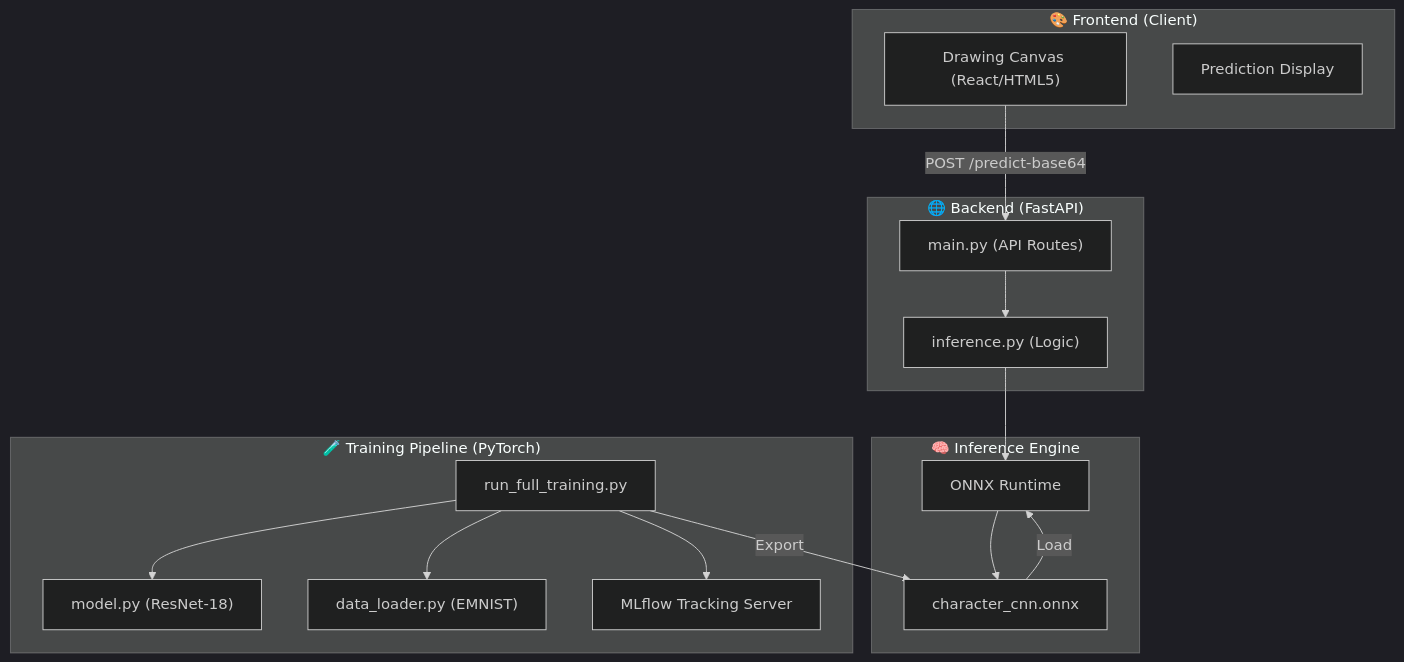
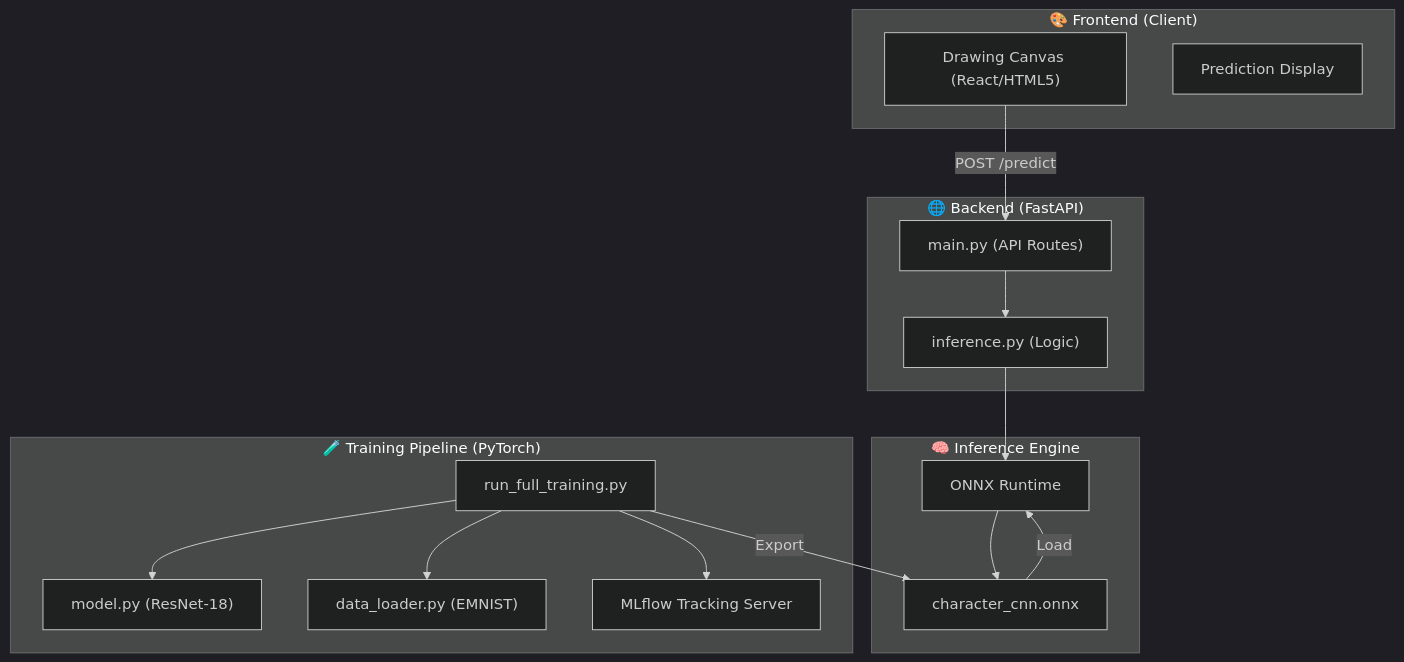
Before and after one commit to Saket745/Internship_Task_3: the diagram in README.md, drawn with Mermaid (dark theme). The commit also changed other lines of this file, not shown here.

Commit message:
docs: finalized professional README with roadmap and performance metrics

````diff
--- a/README.md
+++ b/README.md
@@ -17,35 +18,35 @@
 ```mermaid
 graph TD
     subgraph "🎨 Frontend (Client)"
         UI["Drawing Canvas (React/HTML5)"]
         CLIENT_PRED["Prediction Display"]
     end
 
     subgraph "🌐 Backend (FastAPI)"
         MAIN["main.py (API Routes)"]
         INF["inference.py (Logic)"]
     end
 
     subgraph "🧠 Inference Engine"
         ORT["ONNX Runtime"]
         MODEL_ONNX["character_cnn.onnx"]
     end
 
     subgraph "🧪 Training Pipeline (PyTorch)"
         TRAIN["run_full_training.py"]
         ARCH["model.py (ResNet-18)"]
         DATA["data_loader.py (EMNIST)"]
         MLFLOW["MLflow Tracking Server"]
     end
 
-    UI -- "POST /predict-base64" --> MAIN
+    UI -- "POST /predict" --> MAIN
     MAIN --> INF
     INF --> ORT
     ORT --> MODEL_ONNX
     
     TRAIN --> ARCH
     TRAIN --> DATA
     TRAIN --> MLFLOW
     TRAIN -- "Export" --> MODEL_ONNX
     MODEL_ONNX -- "Load" --> ORT
 ```
````
